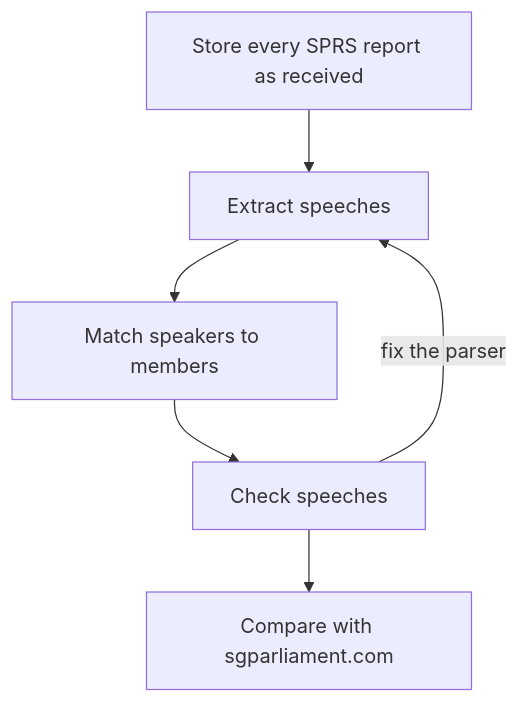
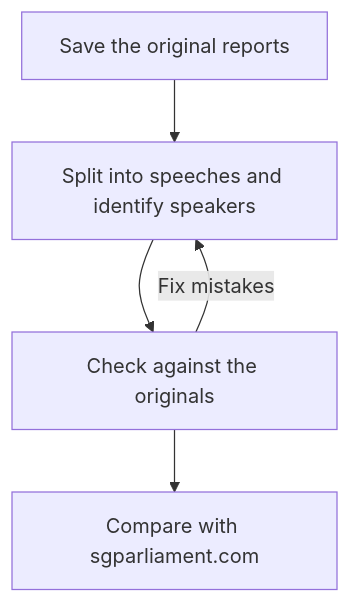
Before and after one commit to roycehoe/hansard-scraper: the first of 3 diagrams in README.md, drawn with Mermaid. The commit also changed other lines of this file and 1 other file, not shown here.

Commit message:
docs: simplify the diagrams and rewrite the README

````diff
--- a/README.md
+++ b/README.md
@@ -36,8 +36,7 @@
 ```mermaid
 flowchart TD
-  store["Store every SPRS report as received"] --> extract["Extract speeches"]
-  extract --> match["Match speakers to members"]
-  match --> check["Check speeches"]
-  check -->|"fix the parser"| extract
+  store["Save the original reports"] --> extract["Split into speeches and identify speakers"]
+  extract --> check["Check against the originals"]
+  check -->|"Fix mistakes"| extract
   check --> compare["Compare with sgparliament.com"]
 ```
````
